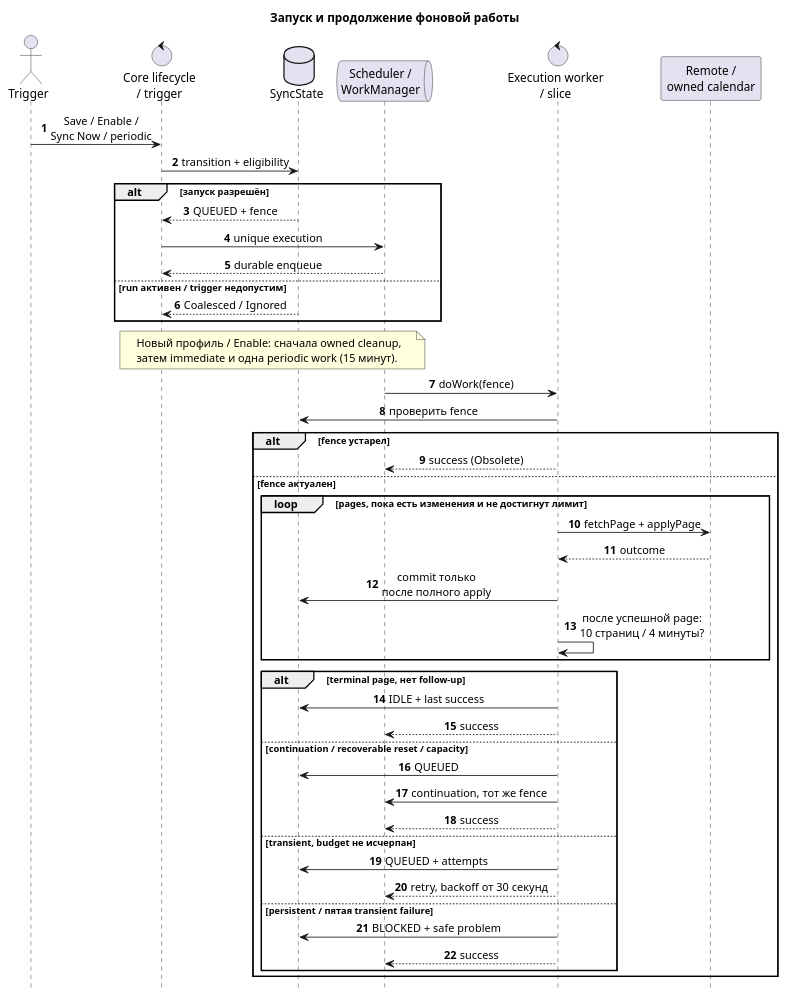
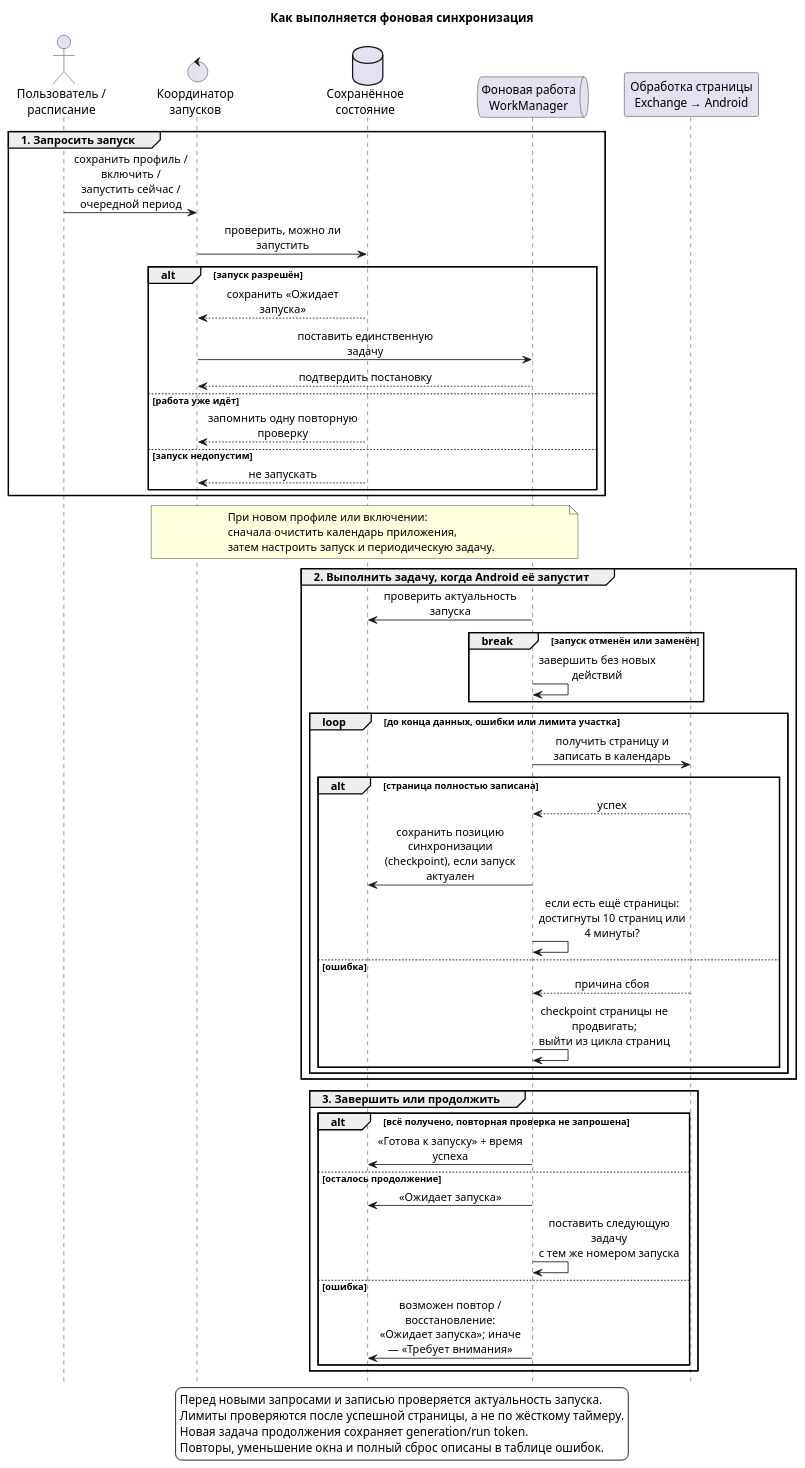
Before and after one commit to mixalich7b/exchange-sync-android: the diagram in docs/diagrams/worker-lifecycle-sequence.puml, drawn with PlantUML. The commit also changed 5 other files, not shown here.

```diff
--- a/docs/diagrams/worker-lifecycle-sequence.puml
+++ b/docs/diagrams/worker-lifecycle-sequence.puml
@@ -1,54 +1,71 @@
 @startuml
-title Запуск и продолжение фоновой работы
+title Как выполняется фоновая синхронизация
 skinparam shadowing false
 skinparam backgroundColor white
 skinparam sequenceMessageAlign center
+skinparam ParticipantPadding 15
+skinparam maxMessageSize 180
 hide footbox
-autonumber
-actor Trigger
-control "Core lifecycle\n/ trigger" as Core
-database SyncState
-queue "Scheduler /\nWorkManager" as Work
-control "Execution worker\n/ slice" as Worker
-participant "Remote /\nowned calendar" as Adapters
 
-Trigger -> Core : Save / Enable /\nSync Now / periodic
-Core -> SyncState : transition + eligibility
-alt запуск разрешён
-  SyncState --> Core : QUEUED + fence
-  Core -> Work : unique execution
-  Work --> Core : durable enqueue
-else run активен / trigger недопустим
-  SyncState --> Core : Coalesced / Ignored
-end
-note over Core, Work
-Новый профиль / Enable: сначала owned cleanup,
-затем immediate и одна periodic work (15 минут).
-end note
-Work -> Worker : doWork(fence)
-Worker -> SyncState : проверить fence
-alt fence устарел
-  Worker --> Work : success (Obsolete)
-else fence актуален
-  loop pages, пока есть изменения и не достигнут лимит
-    Worker -> Adapters : fetchPage + applyPage
-    Adapters --> Worker : outcome
-    Worker -> SyncState : commit только\nпосле полного apply
-    Worker -> Worker : после успешной page:\n10 страниц / 4 минуты?
-  end
-  alt terminal page, нет follow-up
-    Worker -> SyncState : IDLE + last success
-    Worker --> Work : success
-  else continuation / recoverable reset / capacity
-    Worker -> SyncState : QUEUED
-    Worker -> Work : continuation, тот же fence
-    Worker --> Work : success
-  else transient, budget не исчерпан
-    Worker -> SyncState : QUEUED + attempts
-    Worker --> Work : retry, backoff от 30 секунд
-  else persistent / пятая transient failure
-    Worker -> SyncState : BLOCKED + safe problem
-    Worker --> Work : success
+actor "Пользователь /\nрасписание" as Trigger
+control "Координатор\nзапусков" as Core
+database "Сохранённое\nсостояние" as State
+queue "Фоновая работа\nWorkManager" as Work
+participant "Обработка страницы\nExchange → Android" as Calendar
+
+group 1. Запросить запуск
+  Trigger -> Core : сохранить профиль / включить /\nзапустить сейчас / очередной период
+  Core -> State : проверить, можно ли запустить
+  alt запуск разрешён
+    State --> Core : сохранить «Ожидает запуска»
+    Core -> Work : поставить единственную задачу
+    Work --> Core : подтвердить постановку
+  else работа уже идёт
+    State --> Core : запомнить одну повторную проверку
+  else запуск недопустим
+    State --> Core : не запускать
   end
 end
+
+note over Core, Work
+При новом профиле или включении:
+сначала очистить календарь приложения,
+затем настроить запуск и периодическую задачу.
+end note
+
+group 2. Выполнить задачу, когда Android её запустит
+  Work -> State : проверить актуальность запуска
+  break запуск отменён или заменён
+    Work -> Work : завершить без новых действий
+  end
+  loop до конца данных, ошибки или лимита участка
+    Work -> Calendar : получить страницу и записать в календарь
+    alt страница полностью записана
+      Calendar --> Work : успех
+      Work -> State : сохранить позицию синхронизации\n(checkpoint), если запуск актуален
+      Work -> Work : если есть ещё страницы:\nдостигнуты 10 страниц или 4 минуты?
+    else ошибка
+      Calendar --> Work : причина сбоя
+      Work -> Work : checkpoint страницы не продвигать;\nвыйти из цикла страниц
+    end
+  end
+end
+
+group 3. Завершить или продолжить
+  alt всё получено, повторная проверка не запрошена
+    Work -> State : «Готова к запуску» + время успеха
+  else осталось продолжение
+    Work -> State : «Ожидает запуска»
+    Work -> Work : поставить следующую задачу\nс тем же номером запуска
+  else ошибка
+    Work -> State : возможен повтор / восстановление:\n«Ожидает запуска»; иначе — «Требует внимания»
+  end
+end
+
+legend bottom
+Перед новыми запросами и записью проверяется актуальность запуска.
+Лимиты проверяются после успешной страницы, а не по жёсткому таймеру.
+Новая задача продолжения сохраняет generation/run token.
+Повторы, уменьшение окна и полный сброс описаны в таблице ошибок.
+endlegend
 @enduml
```
